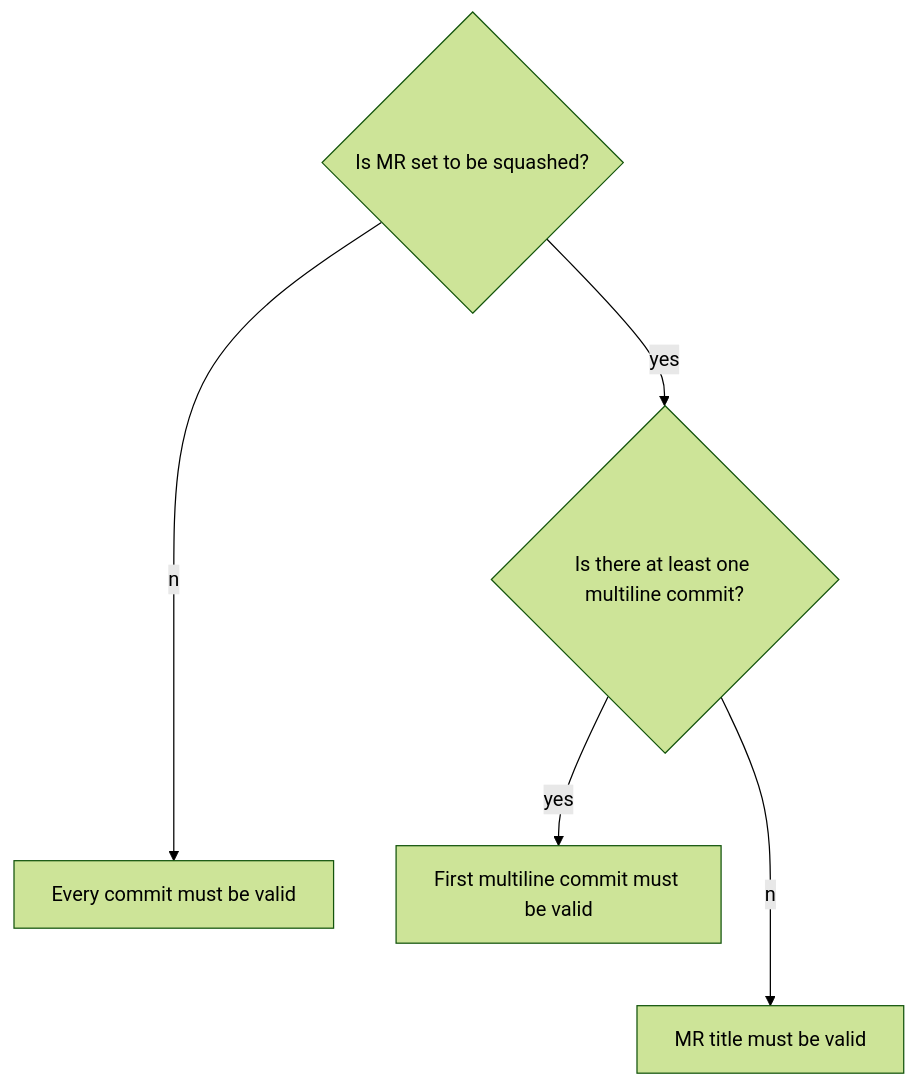
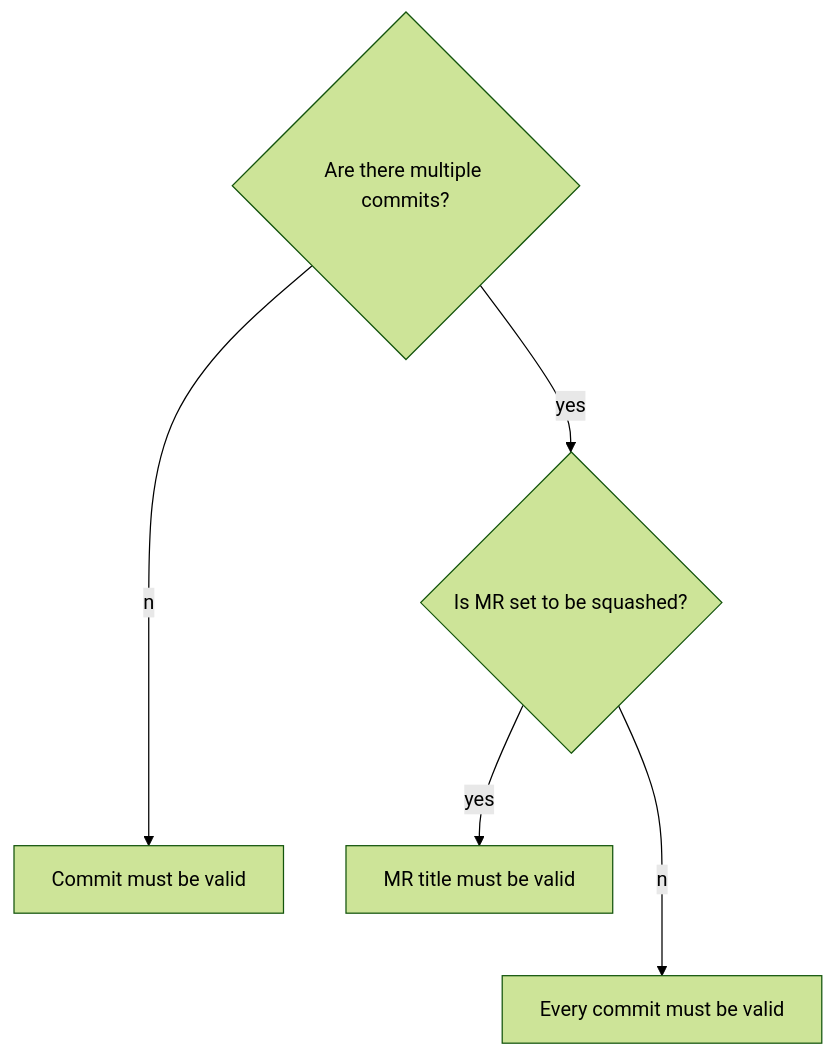
One commit to vnkazna/container_monitor changed the diagram in docs/commits.md. Above: the diagram before and after it, drawn with Mermaid (forest theme). The commit also changed other lines of this file and 1 other file, not shown here.

Commit message:
ci: fix the commit-lint script to reflect new squash logic

````diff
--- a/docs/commits.md
+++ b/docs/commits.md
@@ -23,7 +23,7 @@
 ```mermaid
 graph TD
-A{Is MR set to be squashed?} --no--> B[Every commit must be valid]
-A --yes--> C{Is there at least one multiline commit?}
-C --no--> D[MR title must be valid]
-C --yes--> E[First multiline commit must be valid]
+A{Are there multiple commits?} --no--> B[Commit must be valid]
+A --yes--> C
+C{Is MR set to be squashed?} --no--> D[Every commit must be valid]
+C --yes--> E[MR title must be valid]
 ```
````
